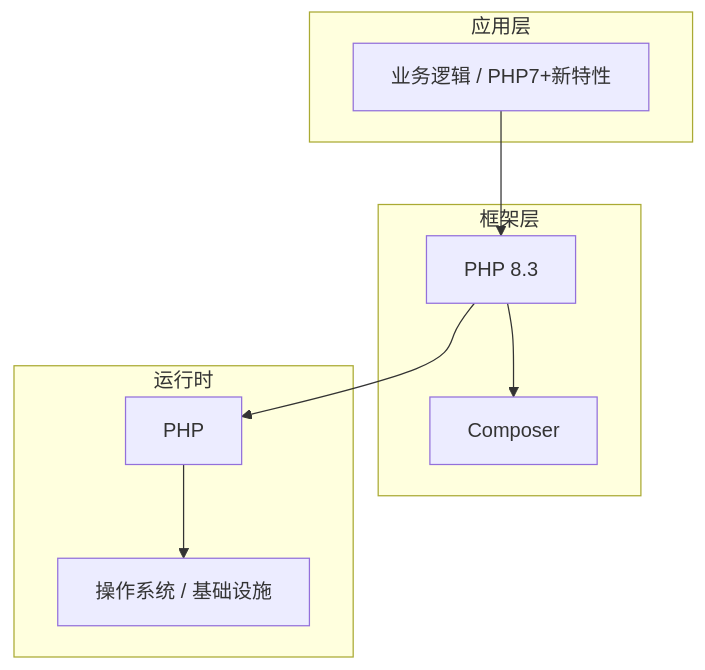
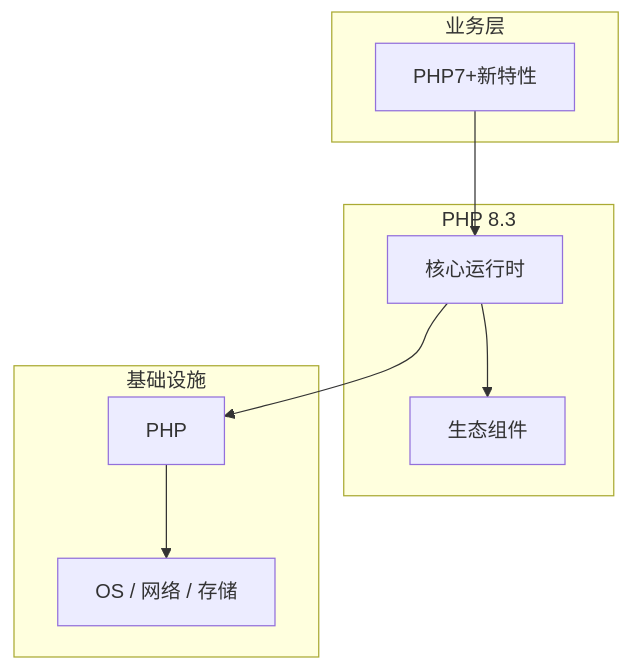
Before and after one commit to yanggan2015/knowledge-json-v2: the diagram in articles/PHP/chapters/051-PHP7+新特性核心概念与原理.md, drawn with Mermaid. The commit also changed other lines of this file and 10127 other files, not shown here.

````diff
--- a/articles/PHP/chapters/051-PHP7+新特性核心概念与原理.md
+++ b/articles/PHP/chapters/051-PHP7+新特性核心概念与原理.md
@@ -45,18 +34,18 @@
 ```mermaid
 graph TB
-    subgraph 应用层
-        A[业务逻辑 / PHP7+新特性]
+    subgraph 业务层
+        A[PHP7+新特性]
     end
-    subgraph 框架层
-        B[PHP 8.3]
-        C[Composer]
+    subgraph PHP 8.3
+        B[核心运行时]
+        C[生态组件]
     end
-    subgraph 运行时
+    subgraph 基础设施
         D[PHP]
-        E[操作系统 / 基础设施]
+        E[OS / 网络 / 存储]
     end
     A --> B
     B --> C
     B --> D
     D --> E
 ```
````
